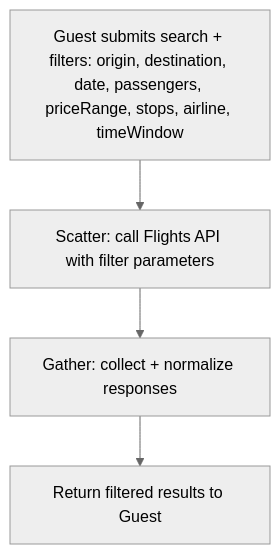
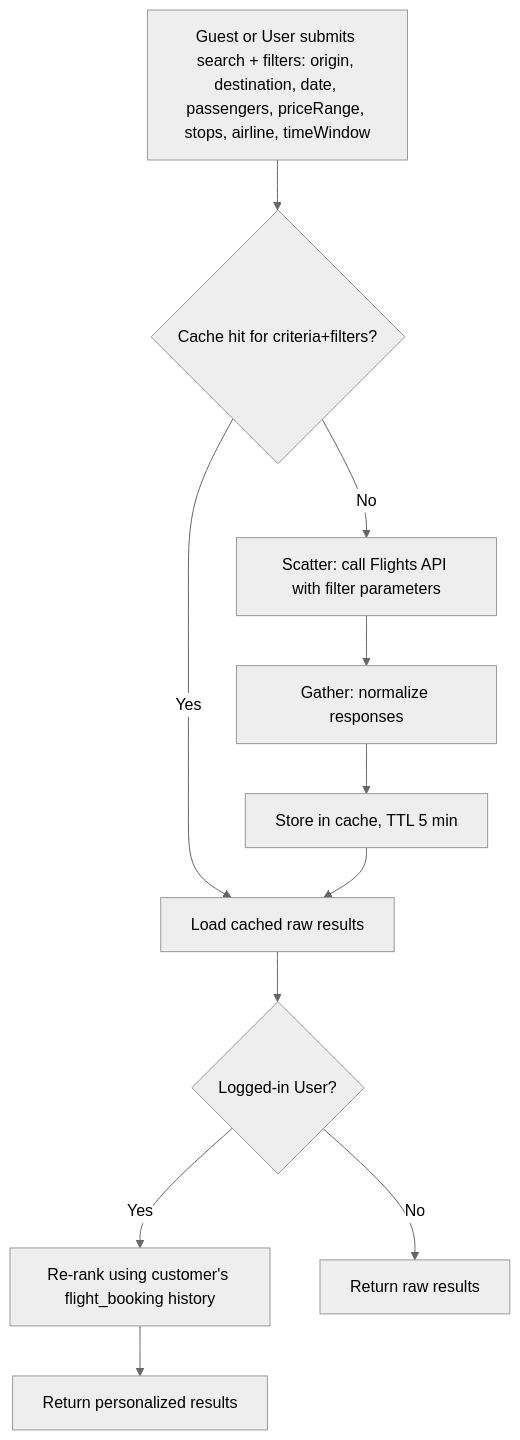
One commit to Backend-Mentor-ORG/booking changed the first of 3 diagrams in diagrams/UC-04-filter-flights.md. Above: the diagram before and after it, drawn with Mermaid (neutral theme). The commit also changed other lines of this file and 4 other files, not shown here.

Commit message:
Enhance caching strategy for Flights and Hotels API, update use case diagrams and pseudocode for improved performance and personalization

````diff
--- a/diagrams/UC-04-filter-flights.md
+++ b/diagrams/UC-04-filter-flights.md
@@ -8,6 +11,13 @@
 ```mermaid
 flowchart TD
-  A[Guest submits search + filters: origin, destination, date, passengers, priceRange, stops, airline, timeWindow] --> B[Scatter: call Flights API with filter parameters]
-  B --> C[Gather: collect + normalize responses]
-  C --> D[Return filtered results to Guest]
+  A[Guest or User submits search + filters: origin, destination, date, passengers, priceRange, stops, airline, timeWindow] --> B{Cache hit for criteria+filters?}
+  B -- Yes --> C[Load cached raw results]
+  B -- No --> D[Scatter: call Flights API with filter parameters]
+  D --> E[Gather: normalize responses]
+  E --> F[Store in cache, TTL 5 min]
+  F --> C
+  C --> G{Logged-in User?}
+  G -- Yes --> H[Re-rank using customer's flight_booking history]
+  G -- No --> I[Return raw results]
+  H --> J[Return personalized results]
 ```
````
